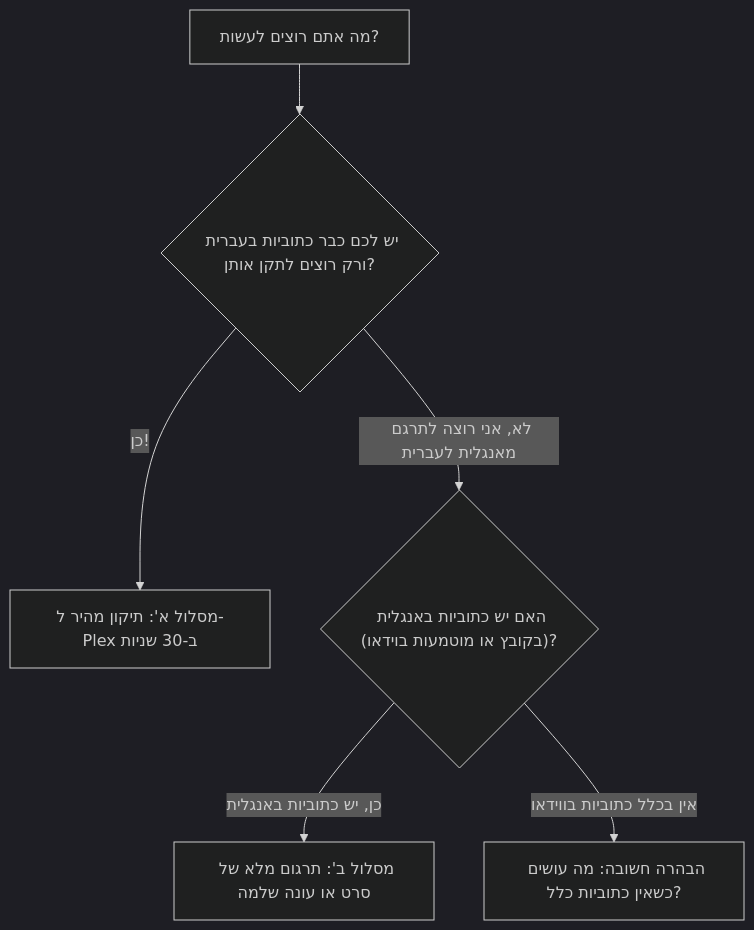
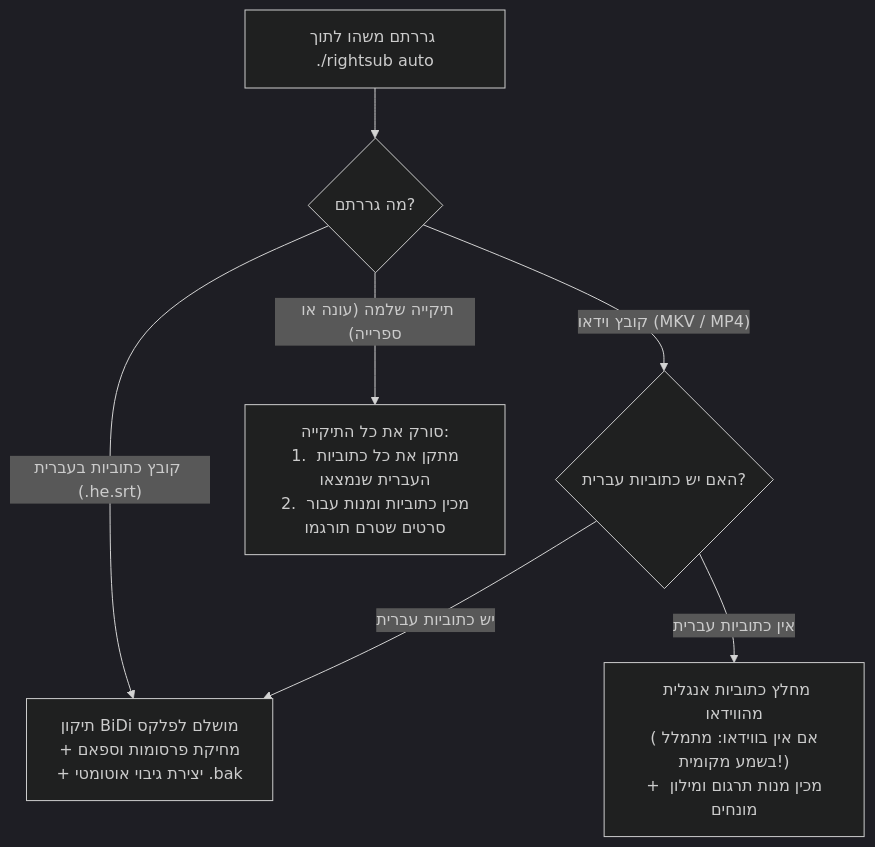
Before and after one commit to omerninyo/RightSub: the diagram in docs/QUICKSTART_FOR_BEGINNERS.he.md, drawn with Mermaid (dark theme). The commit also changed other lines of this file and 15 other files, not shown here.

````diff
--- a/docs/QUICKSTART_FOR_BEGINNERS.he.md
+++ b/docs/QUICKSTART_FOR_BEGINNERS.he.md
@@ -18,8 +34,12 @@
 ```mermaid
 graph TD
-    Start["מה אתם רוצים לעשות?"] --> Q1{"יש לכם כבר כתוביות בעברית ורק רוצים לתקן אותן?"}
-    Q1 -- "כן!" --> TrackA["מסלול א': תיקון מהיר ל-Plex ב-30 שניות"]
-    Q1 -- "לא, אני רוצה לתרגם מאנגלית לעברית" --> Q2{"האם יש כתוביות באנגלית (בקובץ או מוטמעות בוידאו)?"}
-    Q2 -- "כן, יש כתוביות באנגלית" --> TrackB["מסלול ב': תרגום מלא של סרט או עונה שלמה"]
-    Q2 -- "אין בכלל כתוביות בווידאו" --> TrackC["הבהרה חשובה: מה עושים כשאין כתוביות כלל?"]
+    Start["גררתם משהו לתוך ./rightsub auto"] --> Check{"מה גררתם?"}
+    
+    Check -- "קובץ כתוביות בעברית (.he.srt)" --> Action1["תיקון BiDi מושלם לפלקס<br/>+ מחיקת פרסומות וספאם<br/>+ יצירת גיבוי אוטומטי .bak"]
+    
+    Check -- "קובץ וידאו (MKV / MP4)" --> VideoCheck{"האם יש כתוביות עברית?"}
+    VideoCheck -- "יש כתוביות עברית" --> Action1
+    VideoCheck -- "אין כתוביות עברית" --> Action2["מחלץ כתוביות אנגלית מהווידאו<br/>(אם אין בווידאו: מתמלל בשמע מקומית!)<br/>+ מכין מנות תרגום ומילון מונחים"]
+    
+    Check -- "תיקייה שלמה (עונה או ספרייה)" --> Action3["סורק את כל התיקייה:<br/>1. מתקן את כל כתוביות העברית שנמצאו<br/>2. מכין כתוביות ומנות עבור סרטים שטרם תורגמו"]
 ```
````
